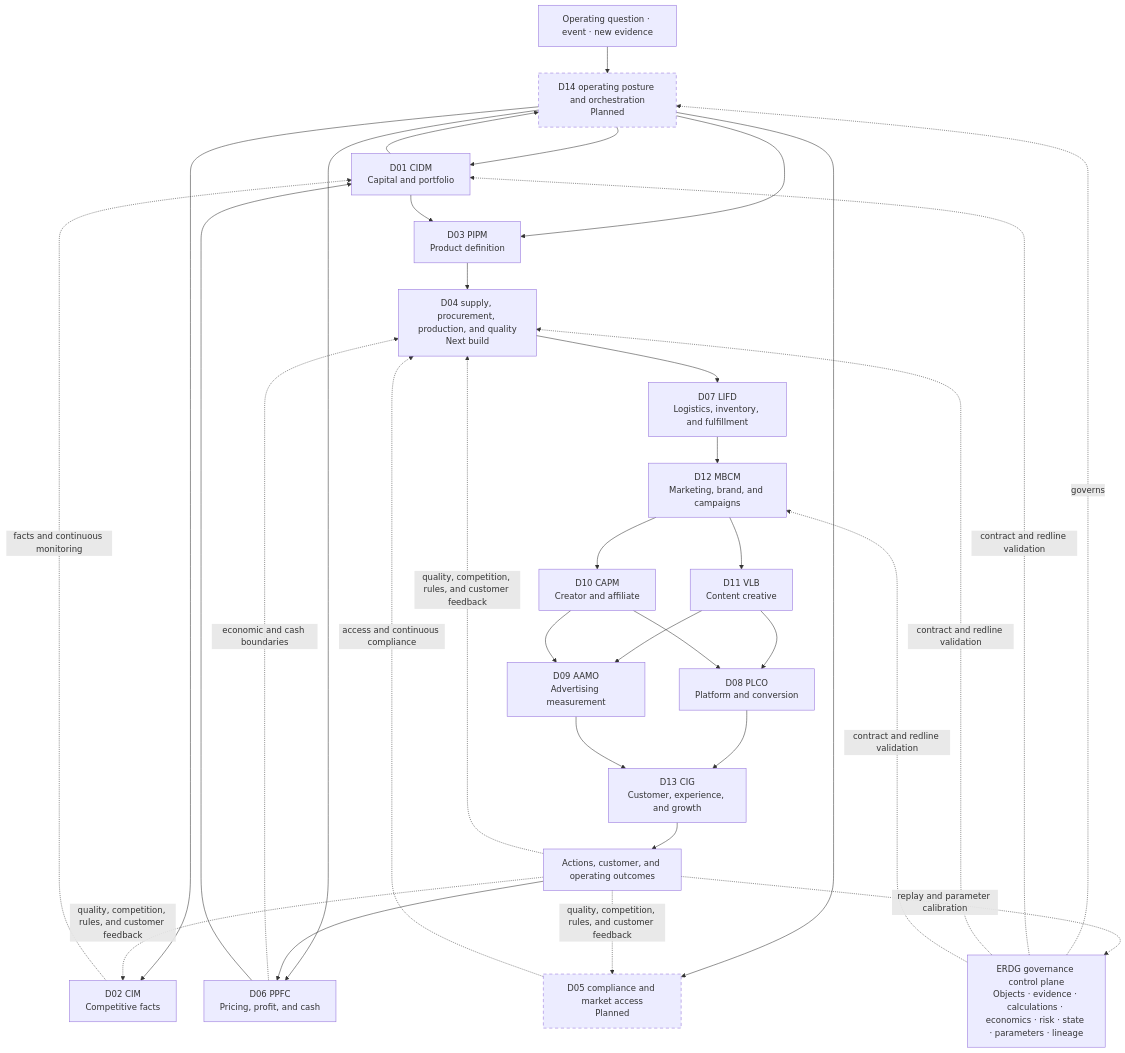
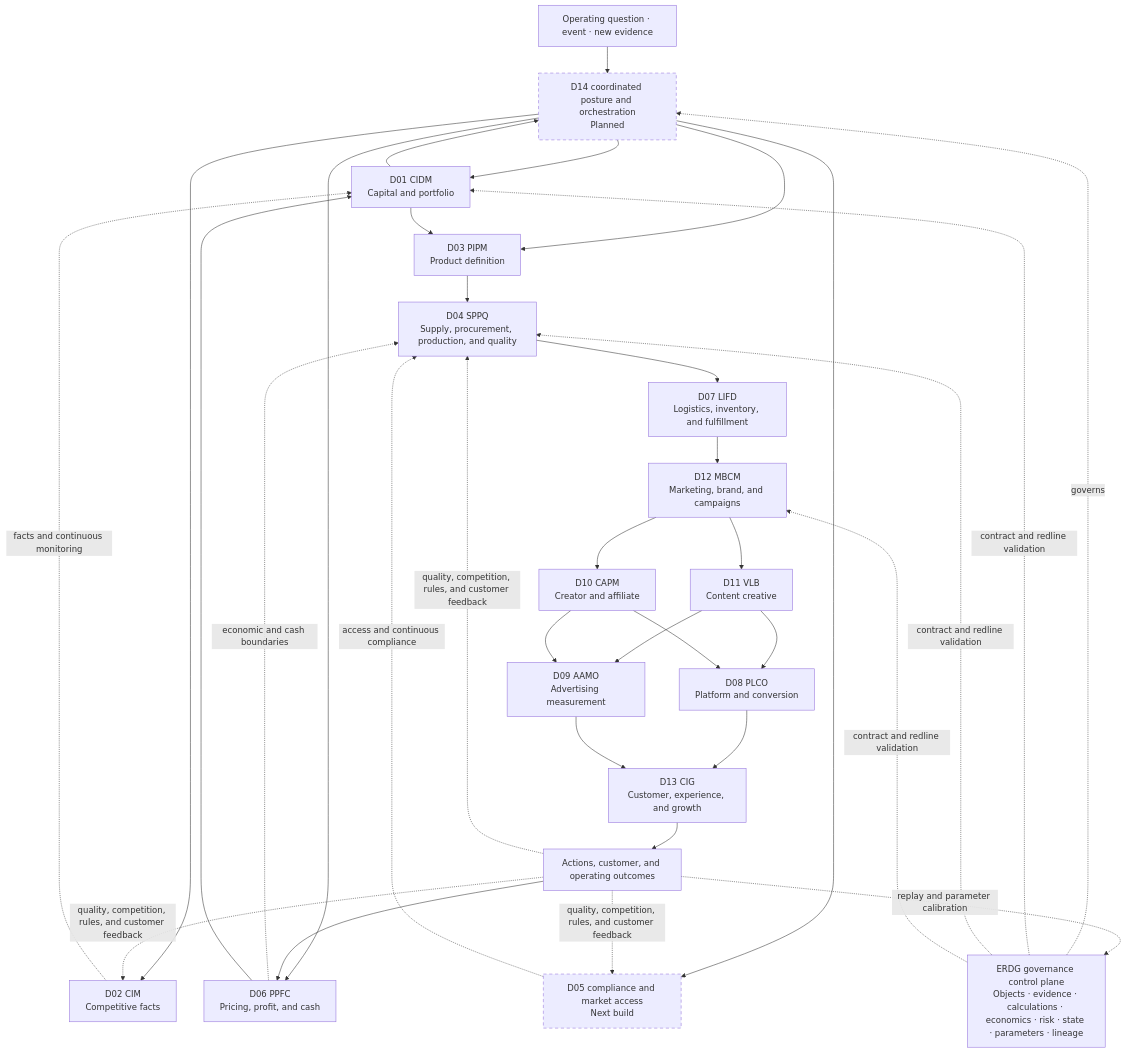
One commit to saye-chen/CrossBorder-Decision-Lab changed the first of 2 diagrams in README.en.md. Above: the diagram before and after it, drawn with Mermaid. The commit also changed other lines of this file and 58 other files, not shown here.

Commit message:
Add expert supply and quality decision domain

````diff
--- a/README.en.md
+++ b/README.en.md
@@ -75,34 +75,34 @@
 ```mermaid
 flowchart TB
-    U["Operating question · event · new evidence"] --> D14["D14 operating posture and orchestration<br/>Planned"]
+    U["Operating question · event · new evidence"] --> D14["D14 coordinated posture and orchestration<br/>Planned"]
     D14 --> D01["D01 CIDM<br/>Capital and portfolio"]
     D14 --> D02["D02 CIM<br/>Competitive facts"]
     D14 --> D03["D03 PIPM<br/>Product definition"]
-    D14 --> D05["D05 compliance and market access<br/>Planned"]
+    D14 --> D05["D05 compliance and market access<br/>Next build"]
     D14 --> D06["D06 PPFC<br/>Pricing, profit, and cash"]
-    D01 --> D03 --> D04["D04 supply, procurement, production, and quality<br/>Next build"] --> D07["D07 LIFD<br/>Logistics, inventory, and fulfillment"]
+    D01 --> D03 --> D04["D04 SPPQ<br/>Supply, procurement, production, and quality"] --> D07["D07 LIFD<br/>Logistics, inventory, and fulfillment"]
     D07 --> D12["D12 MBCM<br/>Marketing, brand, and campaigns"]
     D12 --> D11["D11 VLB<br/>Content creative"]
     D12 --> D10["D10 CAPM<br/>Creator and affiliate"]
     D11 --> D08["D08 PLCO<br/>Platform and conversion"]
     D11 --> D09["D09 AAMO<br/>Advertising measurement"]
     D10 --> D08
     D10 --> D09
     D08 --> D13["D13 CIG<br/>Customer, experience, and growth"]
     D09 --> D13
     D02 -.facts and continuous monitoring.-> D01
     D05 -.access and continuous compliance.-> D04
     D06 -.economic and cash boundaries.-> D04
     D13 --> O["Actions, customer, and operating outcomes"]
     O --> D06 --> D01 --> D14
     O -.quality, competition, rules, and customer feedback.-> D02
     O -.quality, competition, rules, and customer feedback.-> D04
     O -.quality, competition, rules, and customer feedback.-> D05
     E["ERDG governance control plane<br/>Objects · evidence · calculations · economics · risk · state · parameters · lineage"] -.governs.-> D14
     E -.contract and redline validation.-> D01
     E -.contract and redline validation.-> D04
     E -.contract and redline validation.-> D12
     O -.replay and parameter calibration.-> E
     classDef planned stroke-dasharray:6 5
     class D05,D14 planned
 ```
````
